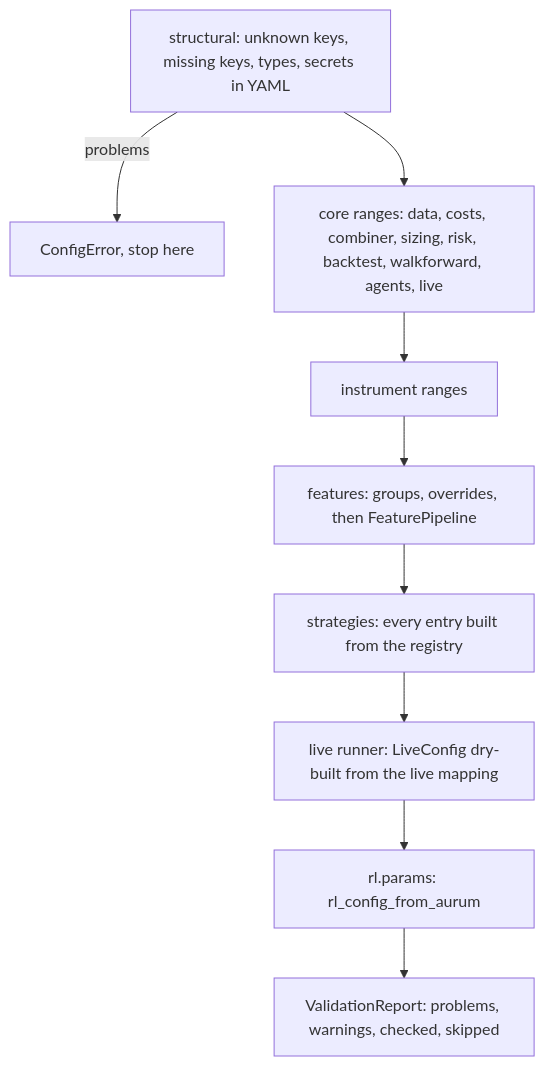
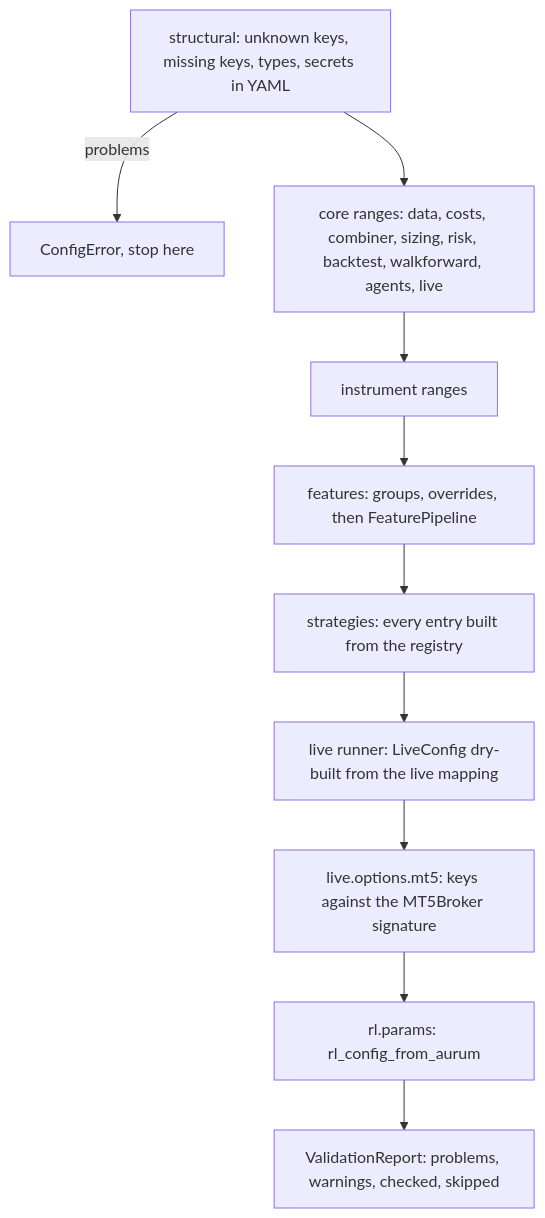
One commit to zero-was-here/tradingbot changed the third of 6 diagrams in docs/configuration.md. Above: the diagram before and after it, drawn with Mermaid. The commit also changed other lines of this file and 35 other files, not shown here.

````diff
--- a/docs/configuration.md
+++ b/docs/configuration.md
@@ -165,11 +165,12 @@
 ```mermaid
 flowchart TD
     S["structural: unknown keys, missing keys, types, secrets in YAML"] -- problems --> X["ConfigError, stop here"]
     S --> C["core ranges: data, costs, combiner, sizing, risk, backtest, walkforward, agents, live"]
     C --> I["instrument ranges"]
     I --> F["features: groups, overrides, then FeaturePipeline"]
     F --> G["strategies: every entry built from the registry"]
     G --> L["live runner: LiveConfig dry-built from the live mapping"]
-    L --> R["rl.params: rl_config_from_aurum"]
+    L --> M5["live.options.mt5: keys against the MT5Broker signature"]
+    M5 --> R["rl.params: rl_config_from_aurum"]
     R --> Rep["ValidationReport: problems, warnings, checked, skipped"]
 ```
````
